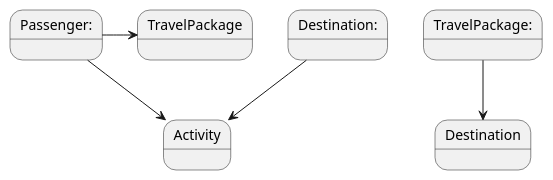
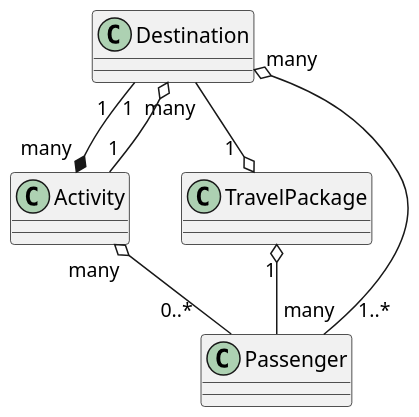
Before and after one commit to crazo7924/travel-agency-task: the diagram in diagrams/HLD.wsd, drawn with PlantUML. The commit also changed 4 other files, not shown here.

Commit message:
README: display the generated diagrams

```diff
--- a/diagrams/HLD.wsd
+++ b/diagrams/HLD.wsd
@@ -1,8 +1,17 @@
 @startuml "Higher Level Diagram"
 
-Passenger:->TravelPackage
-Passenger:-->Activity
-TravelPackage:-->Destination
-Destination:-->Activity
+Passenger "0..*    " -u-o "many" Activity
+
+TravelPackage "1  " o-l- "  many" Destination
+
+TravelPackage "1" o-- "many" Passenger
+
+Destination "1   " --* "many" Activity
+
+Activity "1" --o "1  " Destination
+
+Passenger "   1..*" -d--o "many" Destination
+
+scale 3/2
 
 @enduml
```
